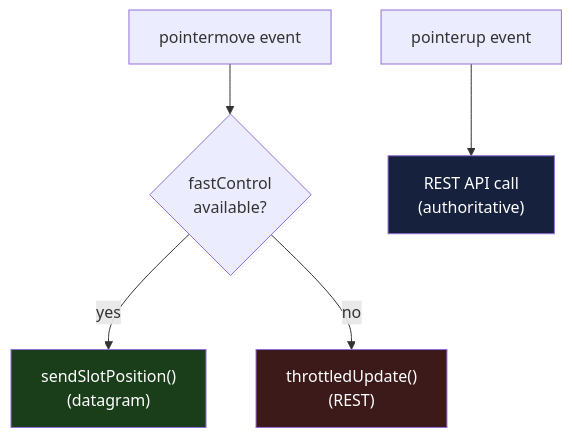
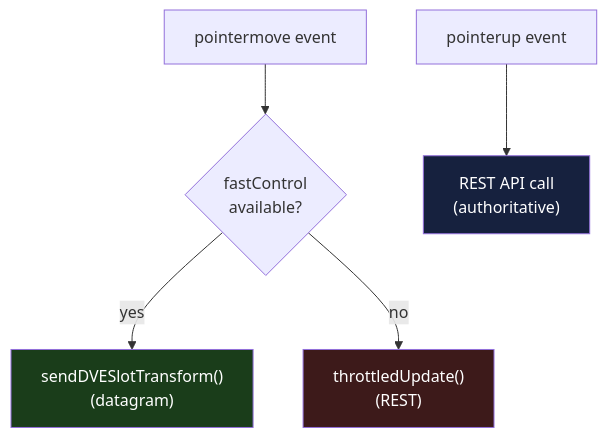
Before and after one commit to qvest-digital/dmf-mf-switchframe: the second of 4 diagrams in docs/fast-control.md, drawn with Mermaid. The commit also changed other lines of this file and 68 other files, not shown here.

````diff
--- a/docs/fast-control.md
+++ b/docs/fast-control.md
@@ -236,11 +394,11 @@
 ```mermaid
 flowchart TD
     PM["pointermove event"] --> CHECK{"fastControl\navailable?"}
-    CHECK -->|yes| DG["sendSlotPosition()\n(datagram)"]
+    CHECK -->|yes| DG["sendDVESlotTransform()\n(datagram)"]
     CHECK -->|no| REST["throttledUpdate()\n(REST)"]
     PU["pointerup event"] --> CONFIRM["REST API call\n(authoritative)"]
 
     style DG fill:#1a3d1a,color:#fff
     style REST fill:#3d1a1a,color:#fff
     style CONFIRM fill:#16213e,color:#fff
 ```
````
